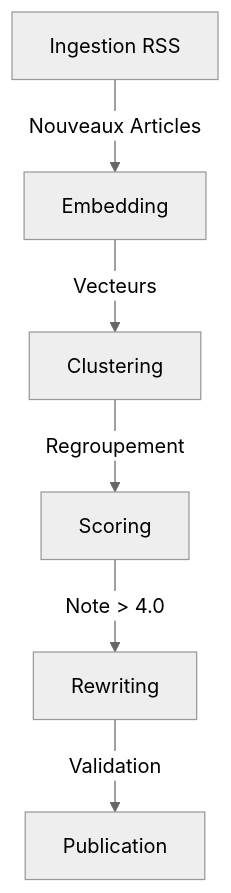
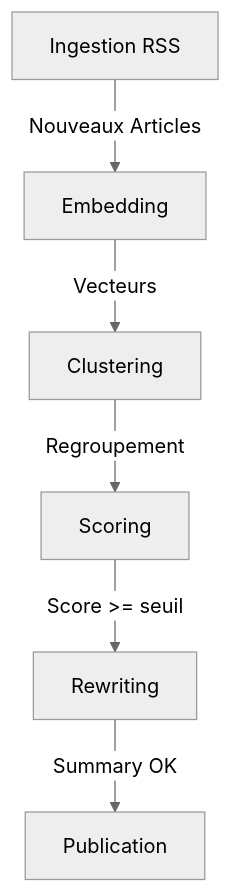
Before and after one commit to GianniDmc/Nexus: the diagram in docs/ARCHITECTURE.md, drawn with Mermaid (neutral theme). The commit also changed other lines of this file and 6 other files, not shown here.

Commit message:
docs: align architecture and decisions

````diff
--- a/docs/ARCHITECTURE.md
+++ b/docs/ARCHITECTURE.md
@@ -6,8 +6,8 @@
 ```mermaid
 graph TD
     A[Ingestion RSS] -->|Nouveaux Articles| B[Embedding]
     B -->|Vecteurs| C[Clustering]
     C -->|Regroupement| D[Scoring]
-    D -->|Note > 4.0| E[Rewriting]
-    E -->|Validation| F[Publication]
+    D -->|Score >= seuil| E[Rewriting]
+    E -->|Summary OK| F[Publication]
 ```
````
